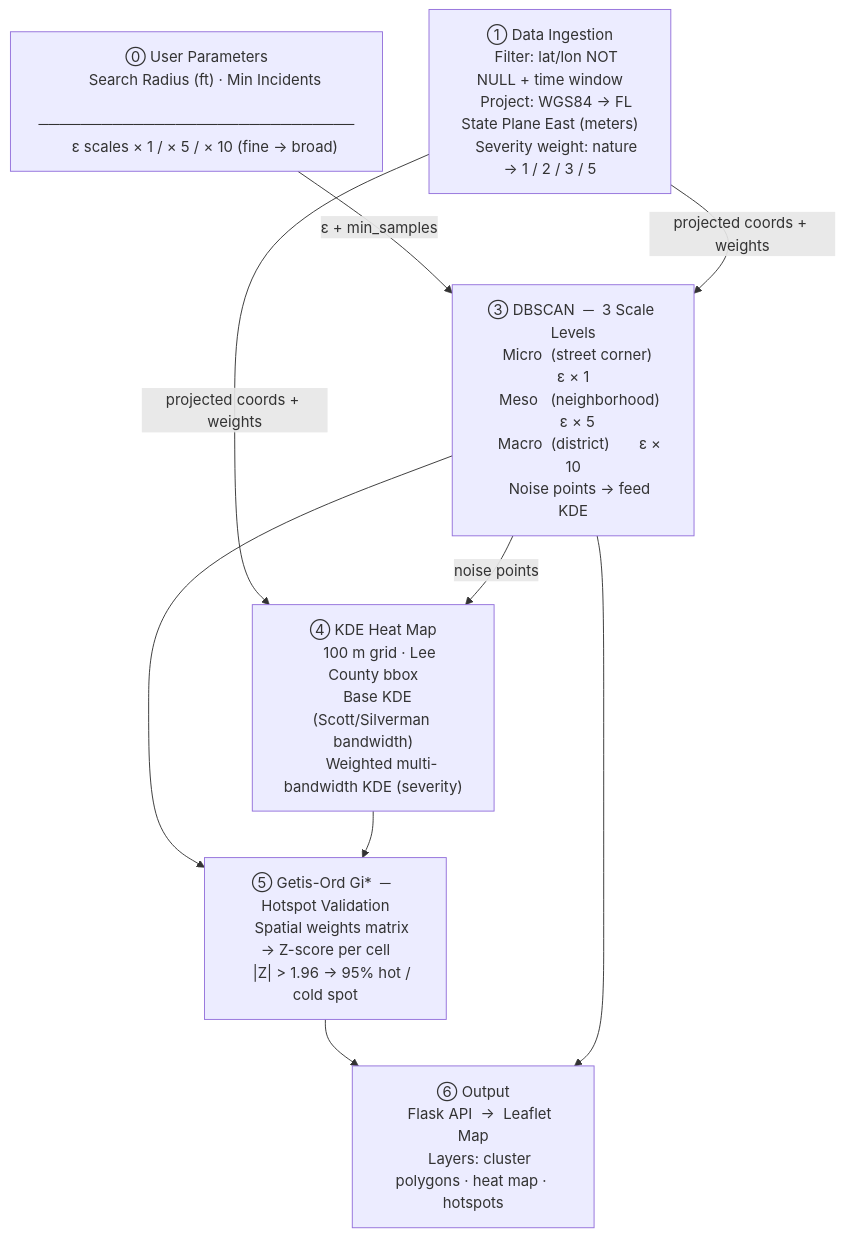
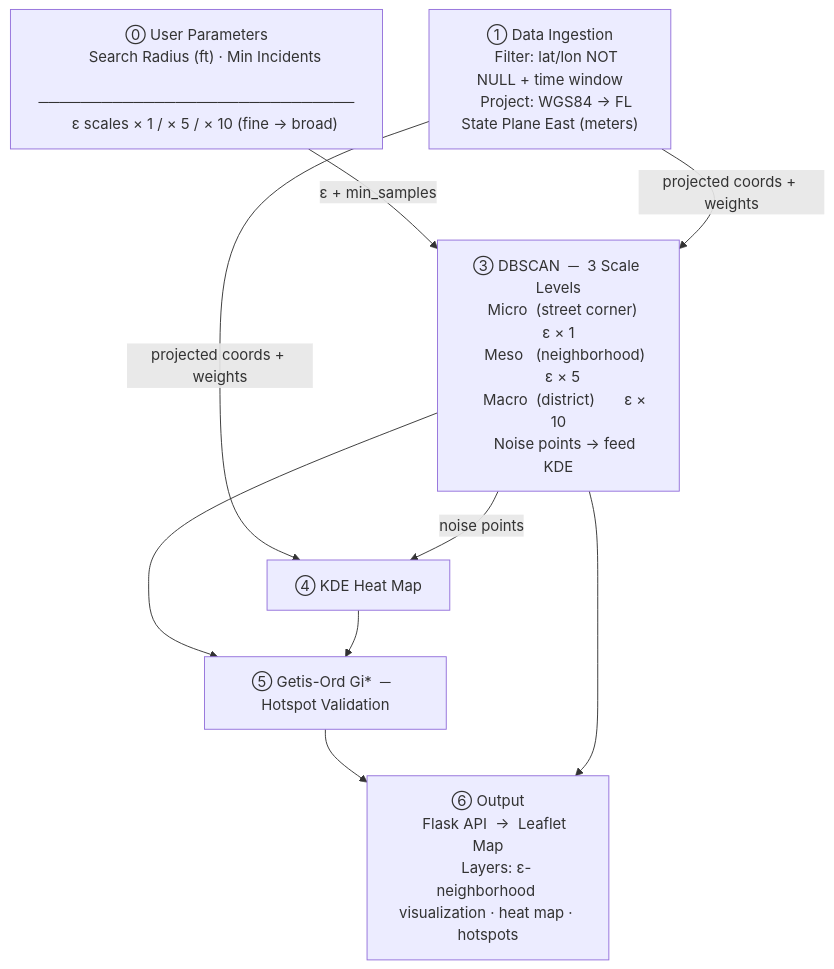
Before and after one commit to AndrewKelton/lee-county-incident-map: the diagram in documents/diagram-simplified.md, drawn with Mermaid.

Commit message:
simplify even more

````diff
--- a/documents/diagram-simplified.md
+++ b/documents/diagram-simplified.md
@@ -1,40 +1,34 @@
 ```mermaid
 flowchart TD
     PARAMS["⓪ User Parameters
     Search Radius (ft) · Min Incidents
     ──────────────────────────────
     ε scales × 1 / × 5 / × 10 (fine → broad)"]
 
     INGEST["① Data Ingestion
     Filter: lat/lon NOT NULL + time window
-    Project: WGS84 → FL State Plane East (meters)
-    Severity weight: nature → 1 / 2 / 3 / 5"]
+    Project: WGS84 → FL State Plane East (meters)"]
 
     DBSCAN["③ DBSCAN  ─  3 Scale Levels
     Micro  (street corner)  ε × 1
     Meso   (neighborhood)   ε × 5
     Macro  (district)       ε × 10
     Noise points → feed KDE"]
 
-    KDE["④ KDE Heat Map
-    100 m grid · Lee County bbox
-    Base KDE  (Scott/Silverman bandwidth)
-    Weighted multi-bandwidth KDE (severity)"]
+    KDE["④ KDE Heat Map"]
 
-    GI["⑤ Getis-Ord Gi*  ─  Hotspot Validation
-    Spatial weights matrix → Z-score per cell
-    |Z| > 1.96 → 95% hot / cold spot"]
+    GI["⑤ Getis-Ord Gi*  ─  Hotspot Validation"]
 
     OUT["⑥ Output
     Flask API  →  Leaflet Map
-    Layers: cluster polygons · heat map · hotspots"]
+    Layers: ε-neighborhood visualization · heat map · hotspots"]
 
     PARAMS -->|ε + min_samples| DBSCAN
     INGEST -->|projected coords + weights| DBSCAN
     INGEST -->|projected coords + weights| KDE
     DBSCAN -->|noise points| KDE
     DBSCAN --> GI
     KDE --> GI
     GI --> OUT
     DBSCAN --> OUT
 ```
````
